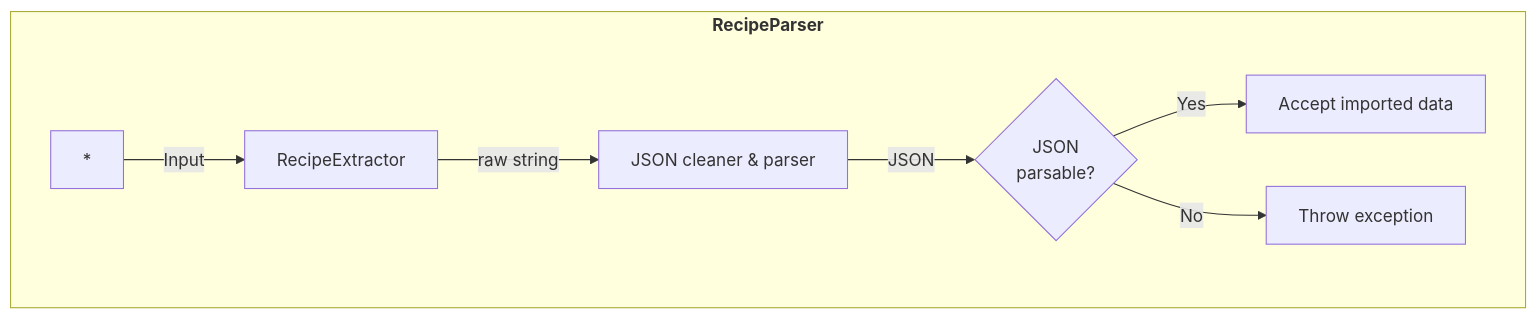
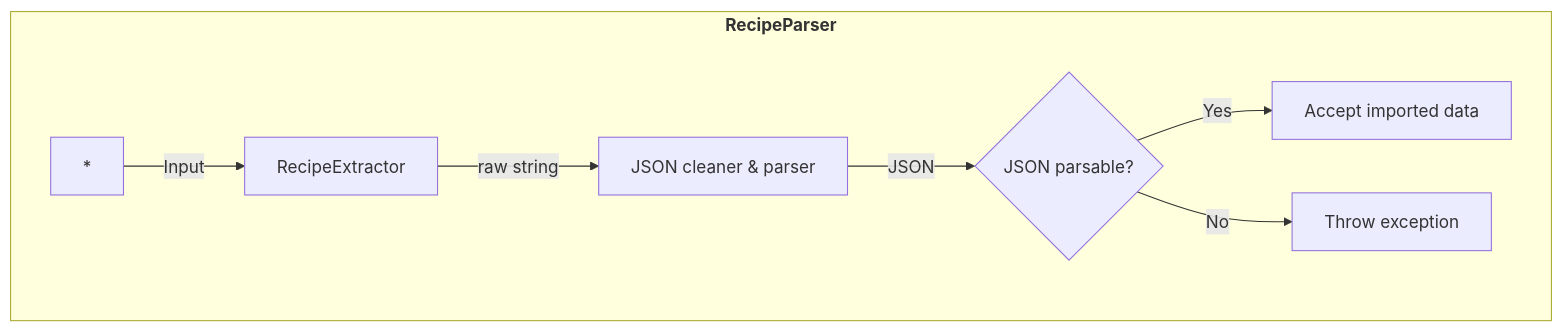
The second of 4 diagrams in README.md (seyfeb/recipe-import-mapping-pipeline), drawn with Mermaid before and after one commit. The commit also changed other lines of this file, not shown here.

````diff
--- a/README.md
+++ b/README.md
@@ -44,11 +44,10 @@
 ```mermaid
 flowchart TD
     subgraph "`**RecipeParser**`"
-        * -->|Input|B[RecipeExtractor]
-        B -- raw string --> cleaner[JSON cleaner & parser]
-        cleaner -->|JSON|C{"`JSON
-        parsable?`"}
-        C -->|Yes| F[Accept imported data]
-        C -->|No| E[Throw exception]
+        * -->|Input|EXTR[RecipeExtractor]
+        EXTR -- raw string --> CLEANER[JSON cleaner & parser]
+        CLEANER -->|JSON|Q_PARSABLE{"JSON parsable?"}
+        Q_PARSABLE -->|Yes| ACCEPT[Accept imported data]
+        Q_PARSABLE -->|No| EXCEPT[Throw exception]
     end
 ```
````
